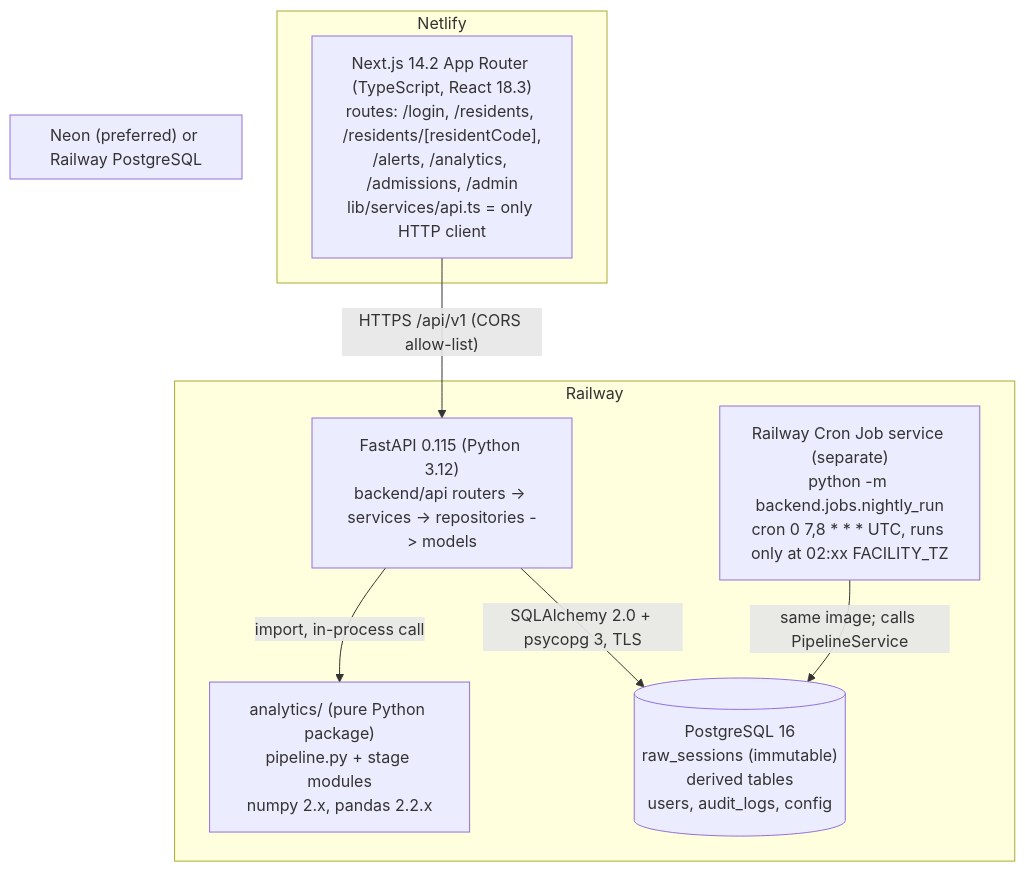
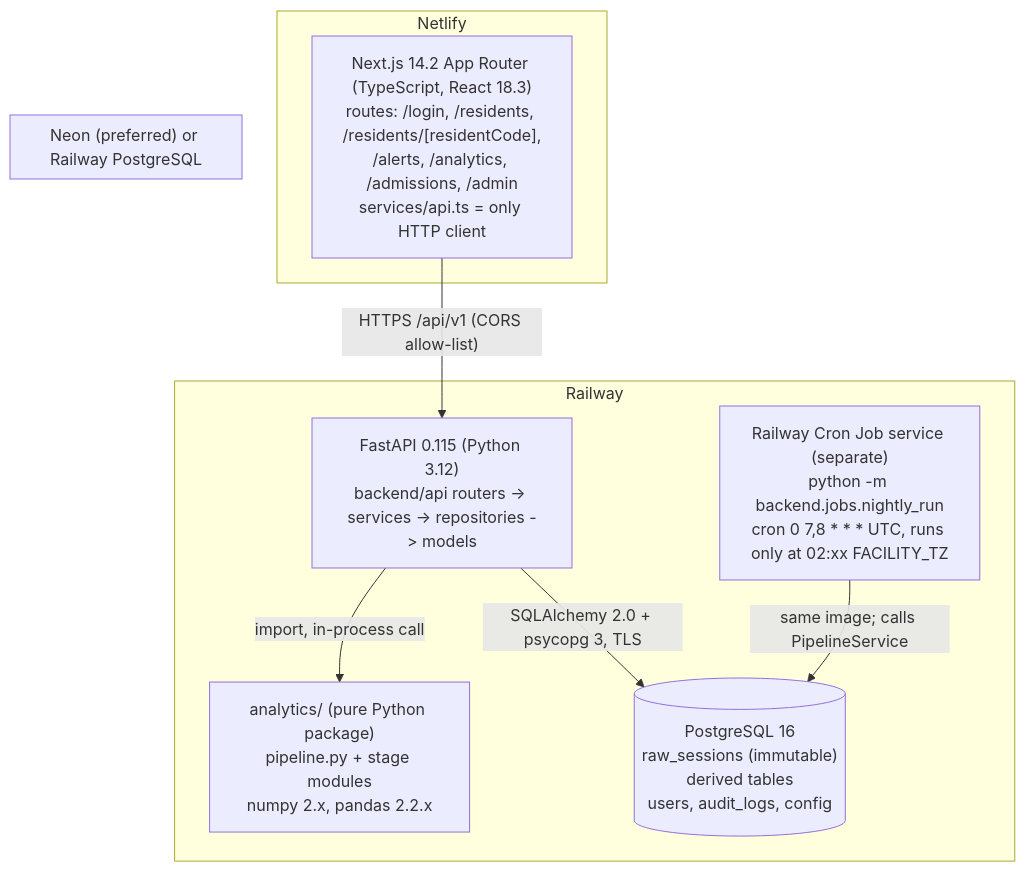
Before and after one commit to EchoWellApp/echowell: the second of 7 diagrams in specs/TRD/01_System_Architecture_TRD.md, drawn with Mermaid. The commit also changed other lines of this file and 23 other files, not shown here.

````diff
--- a/specs/TRD/01_System_Architecture_TRD.md
+++ b/specs/TRD/01_System_Architecture_TRD.md
@@ -72,18 +72,18 @@
 ```mermaid
 flowchart TB
     subgraph Netlify
-        NX["Next.js 14.2 App Router (TypeScript, React 18.3)<br/>routes: /login, /residents, /residents/[residentCode],<br/>/alerts, /analytics, /admissions, /admin<br/>lib/services/api.ts = only HTTP client"]
+        NX["Next.js 14.2 App Router (TypeScript, React 18.3)<br/>routes: /login, /residents, /residents/[residentCode],<br/>/alerts, /analytics, /admissions, /admin<br/>services/api.ts = only HTTP client"]
     end
     subgraph Railway
         API["FastAPI 0.115 (Python 3.12)<br/>backend/api routers -> services -> repositories -> models"]
         ANA["analytics/ (pure Python package)<br/>pipeline.py + stage modules<br/>numpy 2.x, pandas 2.2.x"]
         SCH["Railway Cron Job service (separate)<br/>python -m backend.jobs.nightly_run<br/>cron 0 7,8 * * * UTC, runs only at 02:xx FACILITY_TZ"]
         API -- "import, in-process call" --> ANA
         SCH -- "same image; calls PipelineService" --> PG
     end
     subgraph Neon["Neon (preferred) or Railway PostgreSQL"]
         PG[("PostgreSQL 16<br/>raw_sessions (immutable)<br/>derived tables<br/>users, audit_logs, config")]
     end
     NX -- "HTTPS /api/v1 (CORS allow-list)" --> API
     API -- "SQLAlchemy 2.0 + psycopg 3, TLS" --> PG
 ```
````
